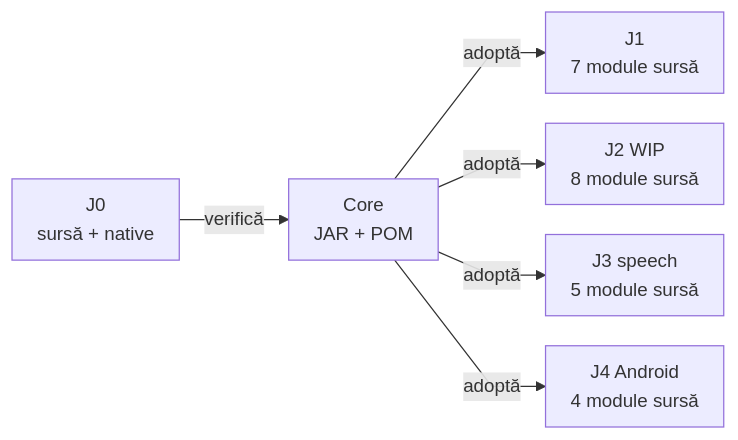
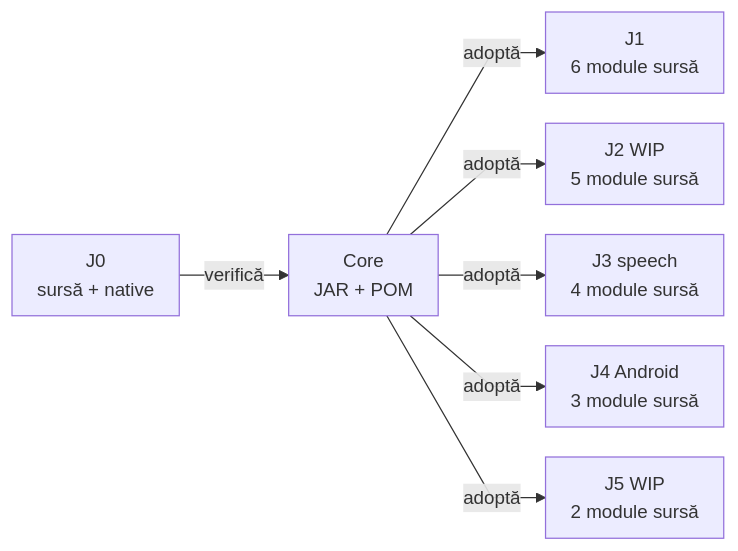
The diagram in docs/ATF_Core_Consumer.md (crististefanita/atf_j2), drawn with Mermaid before and after one commit. The commit also changed other lines of this file and 130 other files, not shown here.

````diff
--- a/docs/ATF_Core_Consumer.md
+++ b/docs/ATF_Core_Consumer.md
@@ -57,9 +57,10 @@
 ```mermaid
 %%{init: {"themeVariables":{"fontSize":"15px"},"themeCSS":".nodeLabel, .nodeLabel p { font-size: 15px !important; line-height: 1.35 !important; } .edgeLabel, .edgeLabel p { font-size: 12px !important; font-weight: 400 !important; line-height: 1.2 !important; } .edgeLabel .labelBkg, .edgeLabel p { background: transparent !important; } .edgeLabel foreignObject { transform: translateY(-18px); overflow: visible; } .node rect { rx: 6px; ry: 6px; }","flowchart":{"curve":"linear","nodeSpacing":24,"rankSpacing":40,"padding":10,"diagramPadding":16}}}%%
 flowchart LR
     Owner["J0<br/>sursă + native"] -->|verifică| Binary["Core<br/>JAR + POM"]
-    Binary -->|adoptă| J1["J1<br/>7 module sursă"]
-    Binary -->|adoptă| J2["J2 WIP<br/>8 module sursă"]
-    Binary -->|adoptă| J3["J3 speech<br/>5 module sursă"]
-    Binary -->|adoptă| J4["J4 Android<br/>4 module sursă"]
+    Binary -->|adoptă| J1["J1<br/>6 module sursă"]
+    Binary -->|adoptă| J2["J2 WIP<br/>5 module sursă"]
+    Binary -->|adoptă| J3["J3 speech<br/>4 module sursă"]
+    Binary -->|adoptă| J4["J4 Android<br/>3 module sursă"]
+    Binary -->|adoptă| J5["J5 WIP<br/>2 module sursă"]
 ```
````
